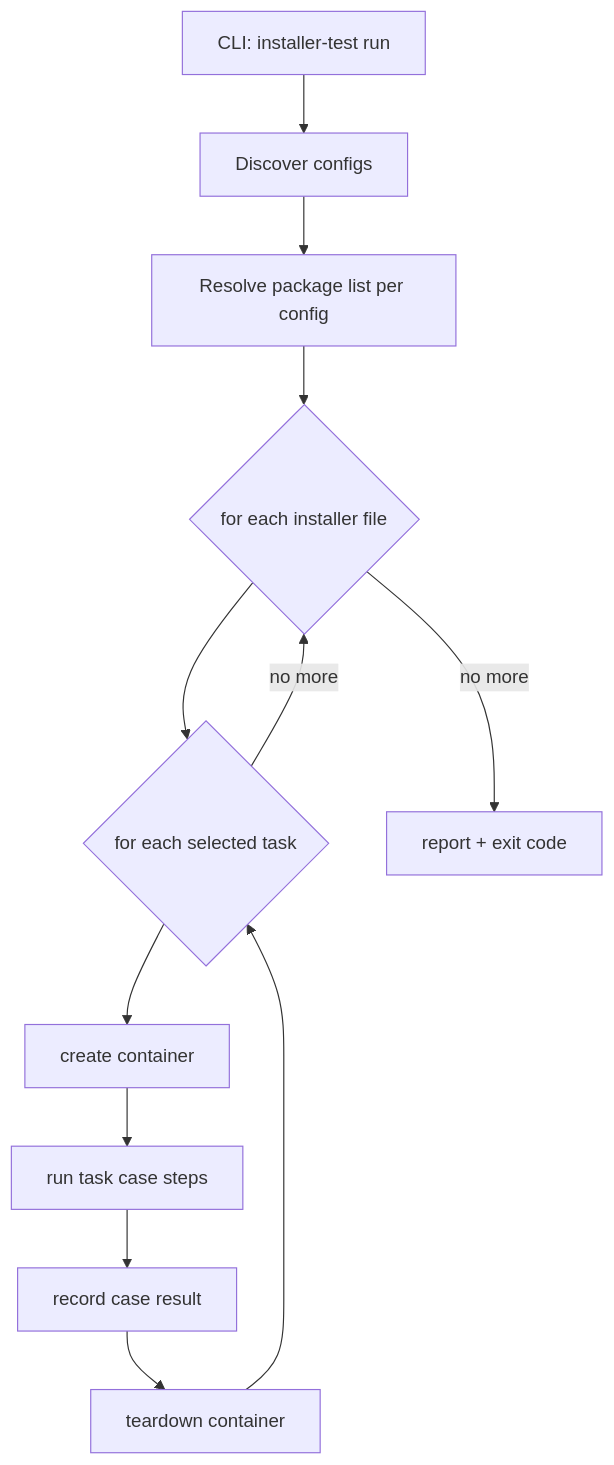
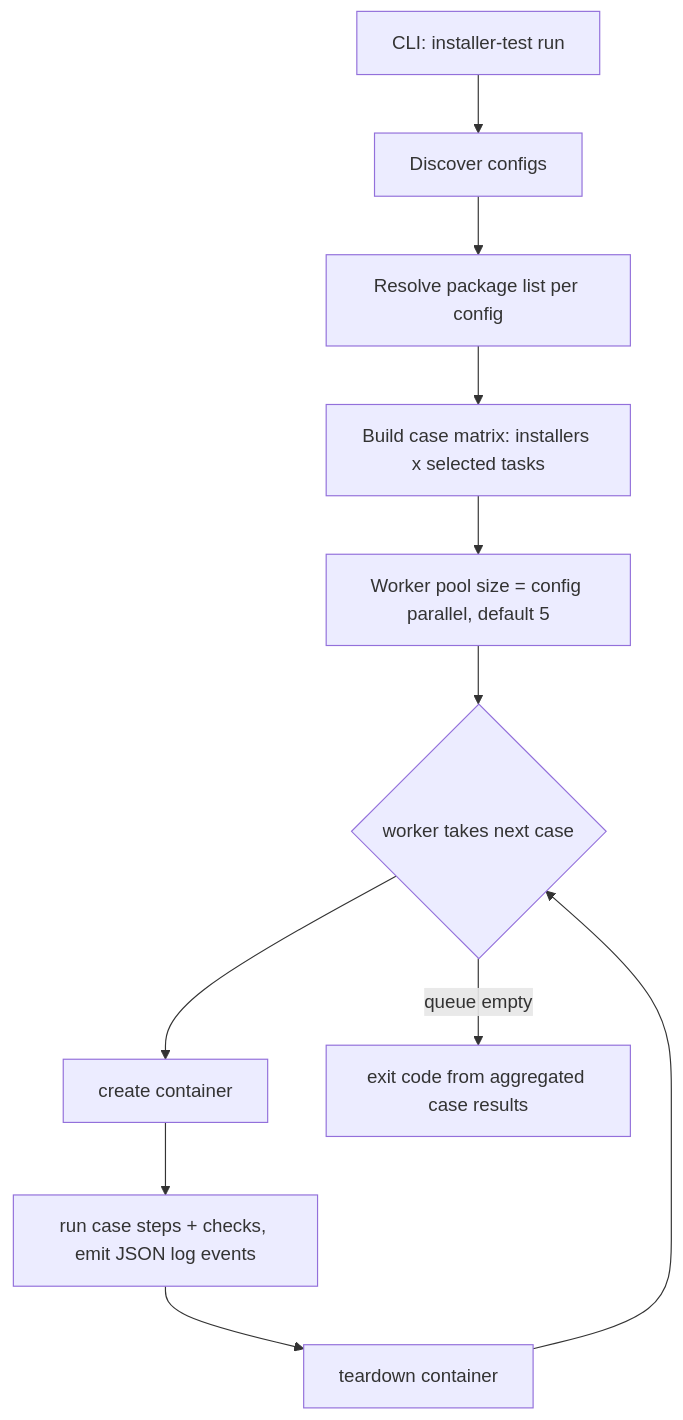
One commit to zukigit/installer-testing-auto changed the diagram in docs/container-per-task-plan.md. Above: the diagram before and after it, drawn with Mermaid. The commit also changed other lines of this file, not shown here.

Commit message:
feat: added parallel run in plan

````diff
--- a/docs/container-per-task-plan.md
+++ b/docs/container-per-task-plan.md
@@ -54,14 +79,13 @@
 ```mermaid
 flowchart TD
     A[CLI: installer-test run] --> B[Discover configs]
     B --> C[Resolve package list per config]
-    C --> D{for each installer file}
-    D --> E{for each selected task}
-    E --> F[create container]
-    F --> G[run task case steps]
-    G --> H[record case result]
+    C --> D[Build case matrix: installers x selected tasks]
+    D --> E[Worker pool size = config parallel, default 5]
+    E --> F{worker takes next case}
+    F --> G[create container]
+    G --> H[run case steps + checks, emit JSON log events]
     H --> I[teardown container]
-    I --> E
-    E -->|no more| D
-    D -->|no more| J[report + exit code]
+    I --> F
+    F -->|queue empty| J[exit code from aggregated case results]
 ```
````
